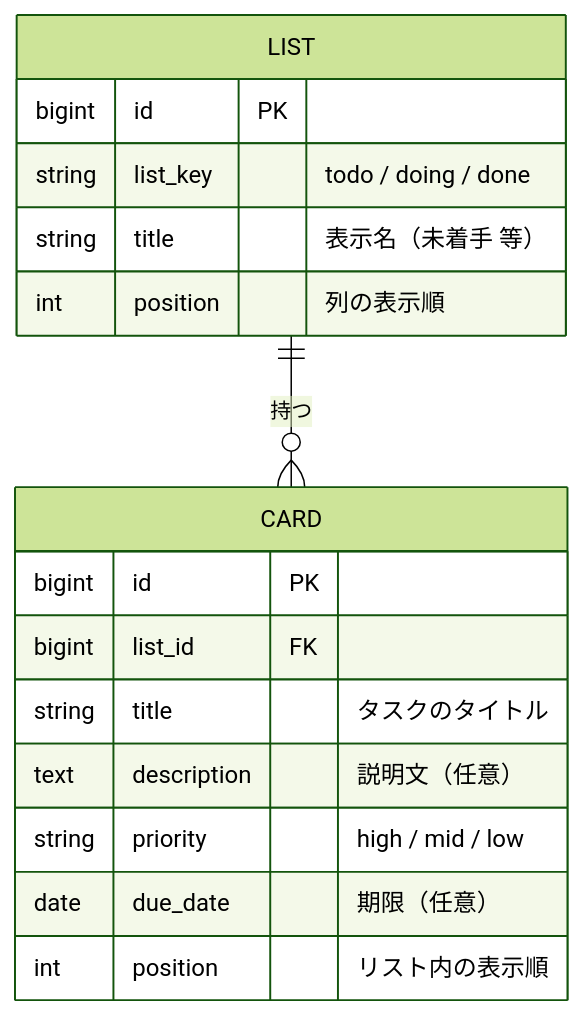
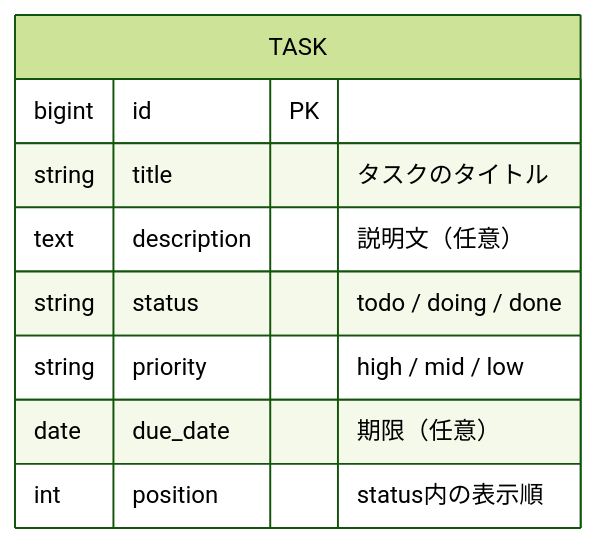
The diagram in docs/データベース設計.md (ibubu7777777-ux/TaskManagement), drawn with Mermaid (forest theme) before and after one commit. The commit also changed other lines of this file and 17 other files, not shown here.

````diff
--- a/docs/データベース設計.md
+++ b/docs/データベース設計.md
@@ -35,20 +27,12 @@
 ```mermaid
 erDiagram
-    LIST ||--o{ CARD : "持つ"
-
-    LIST {
+    TASK {
         bigint id PK
-        string list_key "todo / doing / done"
-        string title "表示名（未着手 等）"
-        int position "列の表示順"
-    }
-    CARD {
-        bigint id PK
-        bigint list_id FK
         string title "タスクのタイトル"
         text description "説明文（任意）"
+        string status "todo / doing / done"
         string priority "high / mid / low"
         date due_date "期限（任意）"
-        int position "リスト内の表示順"
+        int position "status内の表示順"
     }
 ```
````
